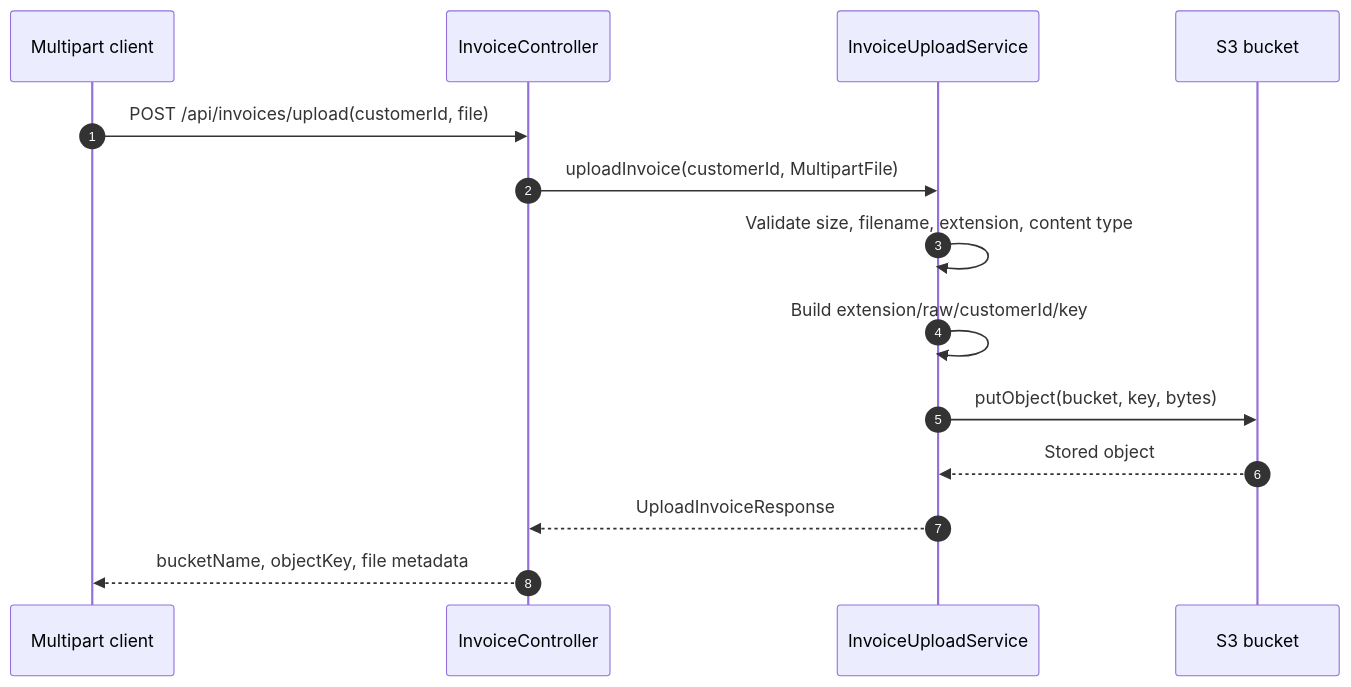
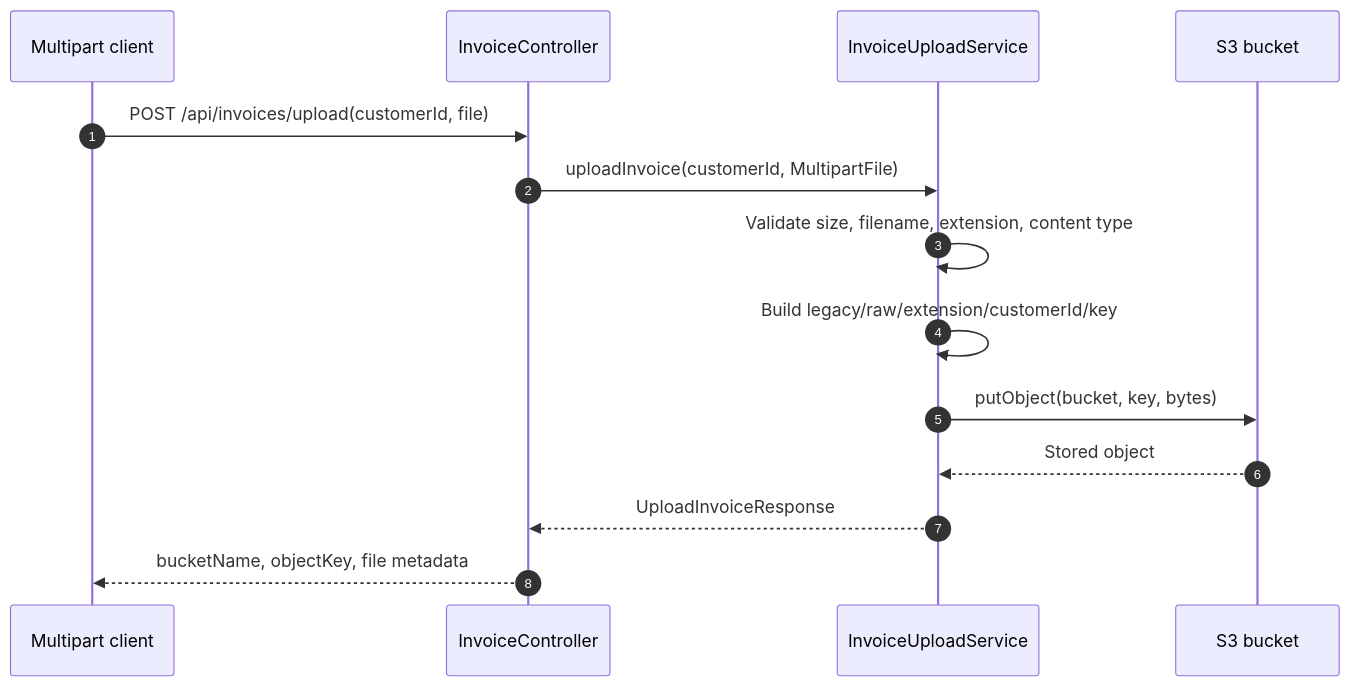
The second of 2 diagrams in applications/document-processor/README.md (Github-Arun-Repo/terraform-labs), drawn with Mermaid before and after one commit. The commit also changed other lines of this file and 87 other files, not shown here.

````diff
--- a/applications/document-processor/README.md
+++ b/applications/document-processor/README.md
@@ -56,18 +56,18 @@
 ```mermaid
 %%{init: {'theme':'default','flowchart':{'useMaxWidth':true,'htmlLabels':true}}}%%
 sequenceDiagram
   autonumber
   participant Client as Multipart client
   participant API as InvoiceController
   participant Upload as InvoiceUploadService
   participant S3 as S3 bucket
 
   Client->>API: POST /api/invoices/upload(customerId, file)
   API->>Upload: uploadInvoice(customerId, MultipartFile)
   Upload->>Upload: Validate size, filename, extension, content type
-  Upload->>Upload: Build extension/raw/customerId/key
+  Upload->>Upload: Build legacy/raw/extension/customerId/key
   Upload->>S3: putObject(bucket, key, bytes)
   S3-->>Upload: Stored object
   Upload-->>API: UploadInvoiceResponse
   API-->>Client: bucketName, objectKey, file metadata
 ```
````
